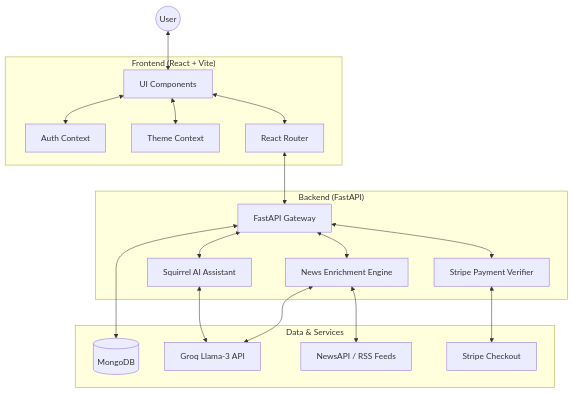
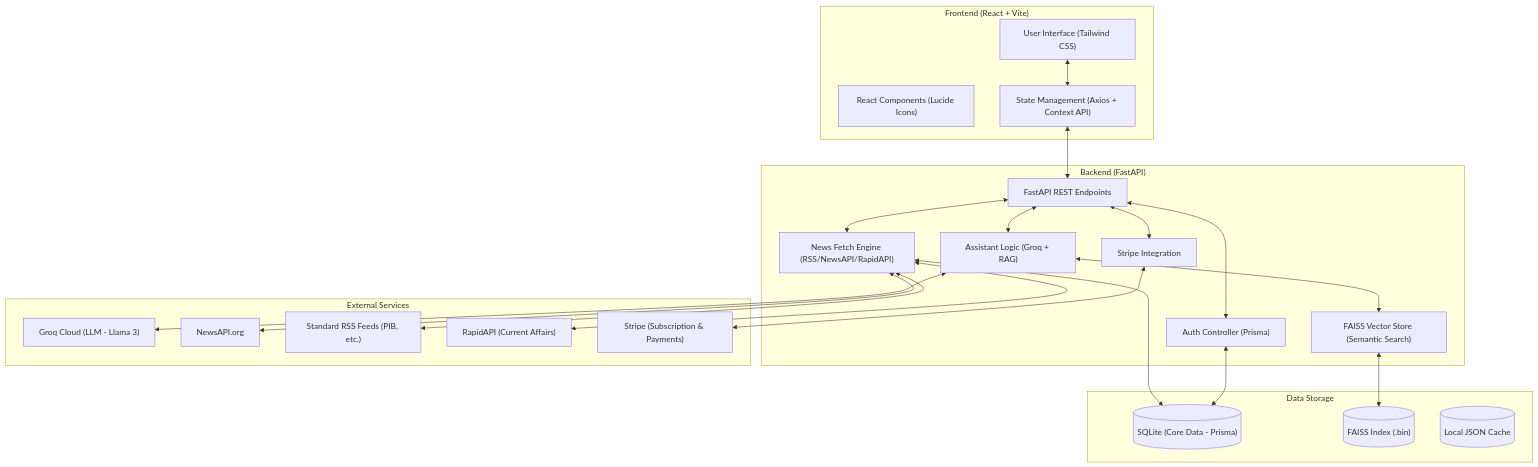
One commit to priyasingh2709/ET-Hackathon changed the first of 3 diagrams in README.md. Above: the diagram before and after it, drawn with Mermaid. The commit also changed other lines of this file, not shown here.

````diff
--- a/README.md
+++ b/README.md
@@ -26,42 +26,52 @@
 ```mermaid
 graph TD
-    User((User))
+    subgraph "Frontend (React + Vite)"
+        UI["User Interface (Tailwind CSS)"]
+        Components["React Components (Lucide Icons)"]
+        State["State Management (Axios + Context API)"]
+    end
+
+    subgraph "Backend (FastAPI)"
+        API["FastAPI REST Endpoints"]
+        Auth["Auth Controller (Prisma)"]
+        NewsEngine["News Fetch Engine (RSS/NewsAPI/RapidAPI)"]
+        Assistant["Assistant Logic (Groq + RAG)"]
+        VectorDB["FAISS Vector Store (Semantic Search)"]
+        Payment["Stripe Integration"]
+    end
+
+    subgraph "Data Storage"
+        SQLite[("SQLite (Core Data - Prisma)")]
+        VectorIndex[("FAISS Index (.bin)")]
+        LocalCache[("Local JSON Cache")]
+    end
+
+    subgraph "External Services"
+        Groq["Groq Cloud (LLM - Llama 3)"]
+        NewsAPI["NewsAPI.org"]
+        RSS["Standard RSS Feeds (PIB, etc.)"]
+        RapidAPI["RapidAPI (Current Affairs)"]
+        Stripe["Stripe (Subscription & Payments)"]
+    end
+
+    %% Connections
+    UI <--> State
+    State <--> API
     
-    subgraph "Frontend (React + Vite)"
-        UI[UI Components]
-        AuthC[Auth Context]
-        ThemeC[Theme Context]
-        Router[React Router]
-    end
-    
-    subgraph "Backend (FastAPI)"
-        API[FastAPI Gateway]
-        Processor[News Enrichment Engine]
-        Assistant[Squirrel AI Assistant]
-        Payments[Stripe Payment Verifier]
-    end
-    
-    subgraph "Data & Services"
-        DB[(MongoDB)]
-        Groq[Groq Llama-3 API]
-        NAPI[NewsAPI / RSS Feeds]
-        StripeAPI[Stripe Checkout]
-    end
-    
-    User <--> UI
-    UI <--> Router
-    Router <--> API
-    UI <--> AuthC
-    UI <--> ThemeC
-    
-    API <--> Processor
+    API <--> Auth
+    API <--> NewsEngine
     API <--> Assistant
-    API <--> Payments
-    
-    Processor <--> Groq
-    Processor <--> NAPI
+    API <--> Payment
+
+    Auth <--> SQLite
+    NewsEngine <--> NewsAPI
+    NewsEngine <--> RSS
+    NewsEngine <--> RapidAPI
+    NewsEngine <--> SQLite
+
     Assistant <--> Groq
-    Payments <--> StripeAPI
-    
-    API <--> DB
+    Assistant <--> VectorDB
+    VectorDB <--> VectorIndex
+
+    Payment <--> Stripe
 ```
````
